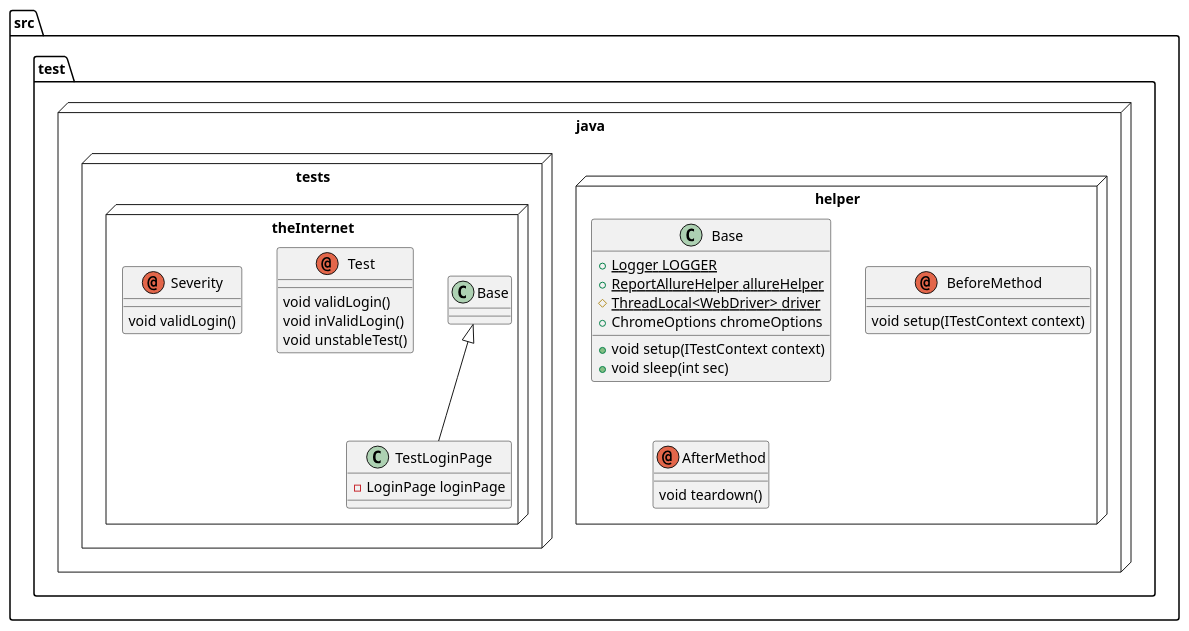
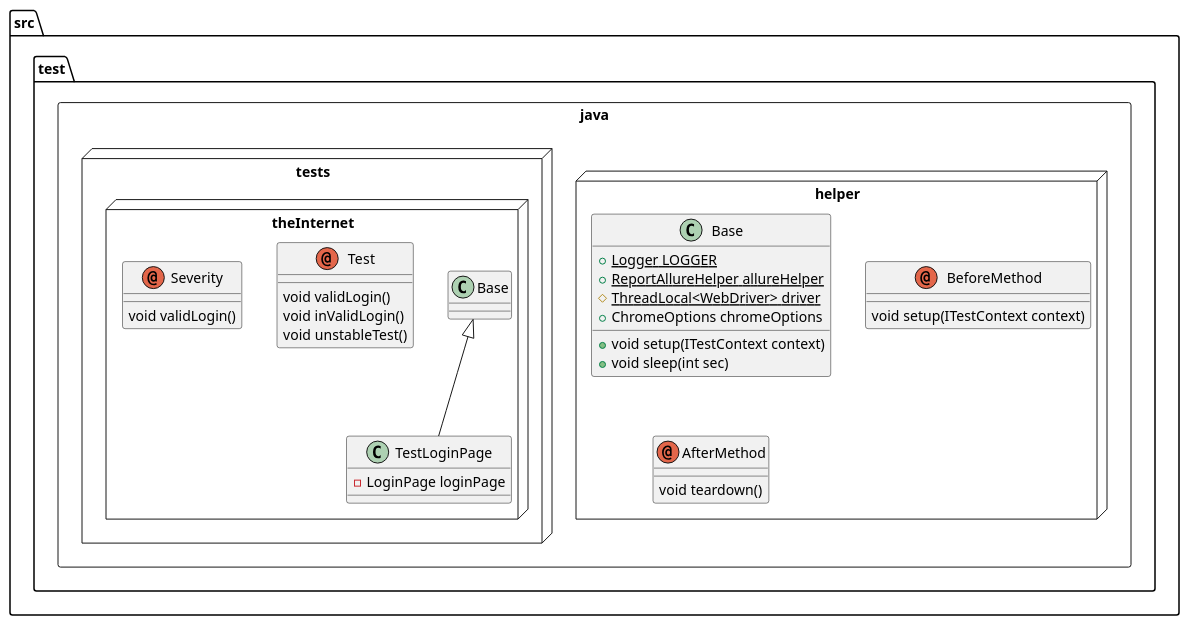
The diagram in docs/class-diagram/demo.puml (jagadeeshshetty/SeleniumMaven), drawn with PlantUML before and after one commit. The commit also changed 1 other file, not shown here.

Commit message:
uml: package update

```diff
--- a/docs/class-diagram/demo.puml
+++ b/docs/class-diagram/demo.puml
@@ -1,40 +1,40 @@
 @startuml Demo
 
-package src.test.java <<Node>> {
+package src.test.java <<Rectangle>> {
 
 package helper <<Node>> {
 
 class Base {
   + {static} Logger LOGGER
   + {static} ReportAllureHelper allureHelper
   # {static} ThreadLocal<WebDriver> driver
   + ChromeOptions chromeOptions
 
   + void setup(ITestContext context)
   + void sleep(int sec)
 }
 annotation BeforeMethod {
   void setup(ITestContext context)
 }
 annotation AfterMethod {
   void teardown()
 }
 }
 
 package tests <<Node>> {
   package theInternet <<Node>> {
   class TestLoginPage extends Base {
     - LoginPage loginPage
   }
 annotation Test {
   void validLogin()
   void inValidLogin()
   void unstableTest()
 }
 annotation Severity {
   void validLogin()
 }
 }
 }
 
 @enduml
```
